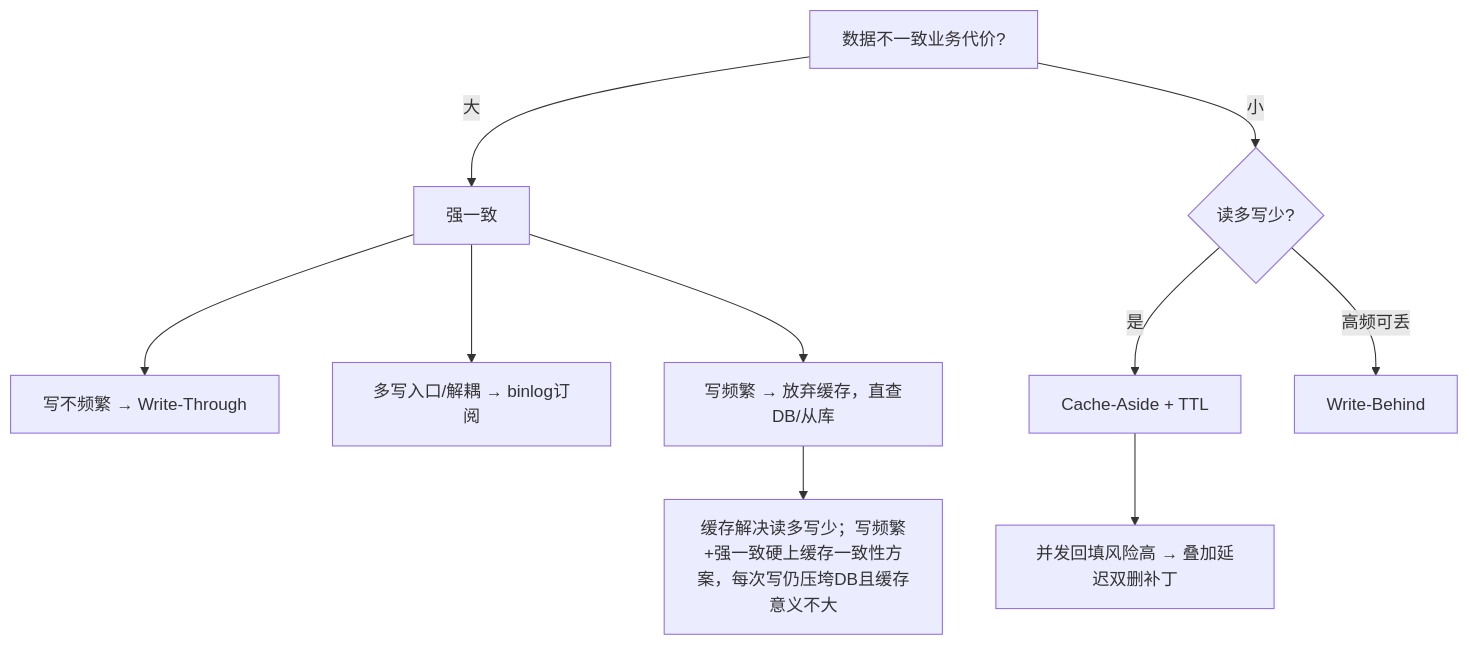
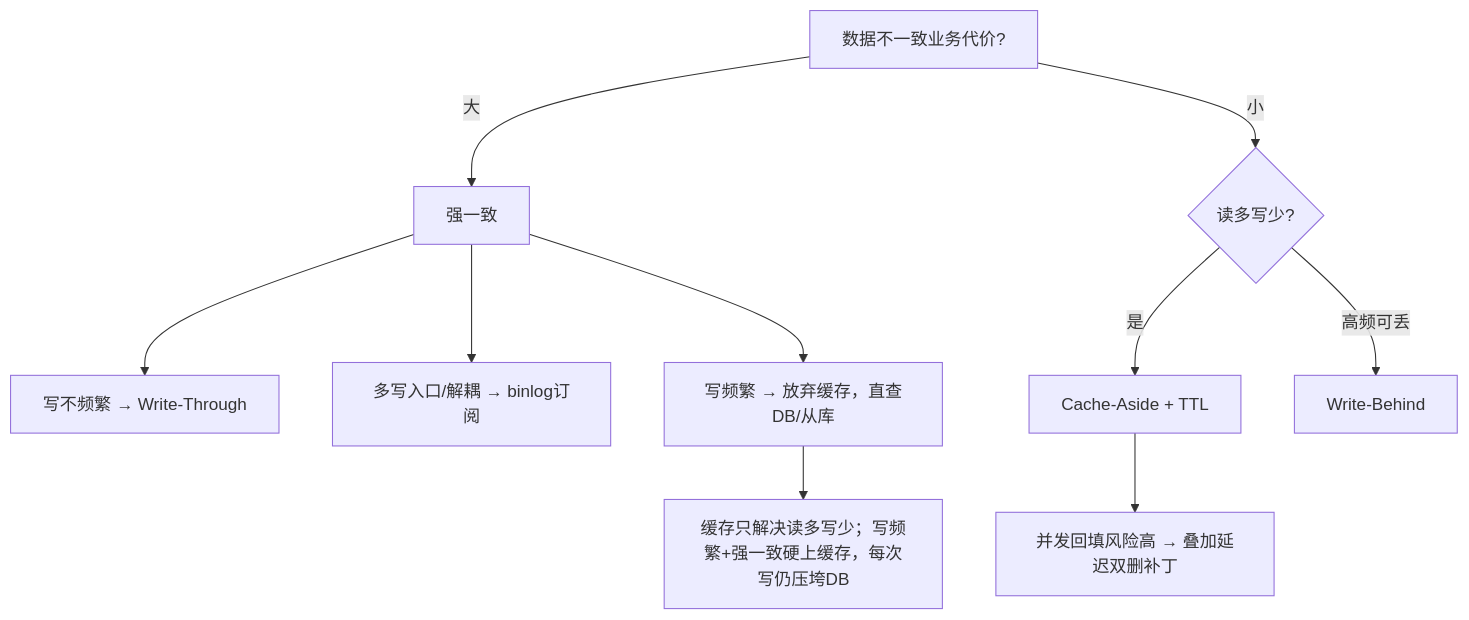
One commit to Xytheria-t/Xytheria-t.github.io changed the diagram in notes/缓存与数据库一致性.md. Above: the diagram before and after it, drawn with Mermaid. The commit also changed other lines of this file and 96 other files, not shown here.

````diff
--- a/notes/缓存与数据库一致性.md
+++ b/notes/缓存与数据库一致性.md
@@ -135,12 +112,12 @@
 ```mermaid
 flowchart TD
     A[数据不一致业务代价?] -->|大| B[强一致]
     A -->|小| C{读多写少?}
     B --> B1[写不频繁 → Write-Through]
     B --> B2[多写入口/解耦 → binlog订阅]
     B --> B3[写频繁 → 放弃缓存，直查DB/从库]
-    B3 --> B3n[缓存解决读多写少；写频繁+强一致硬上缓存一致性方案，每次写仍压垮DB且缓存意义不大]
+    B3 --> B3n[缓存只解决读多写少；写频繁+强一致硬上缓存，每次写仍压垮DB]
     C -->|是| D[Cache-Aside + TTL]
     C -->|高频可丢| E[Write-Behind]
     D --> D1[并发回填风险高 → 叠加延迟双删补丁]
 ```
````
